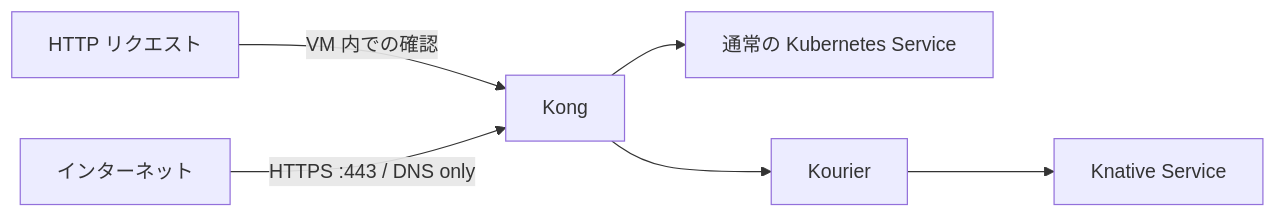
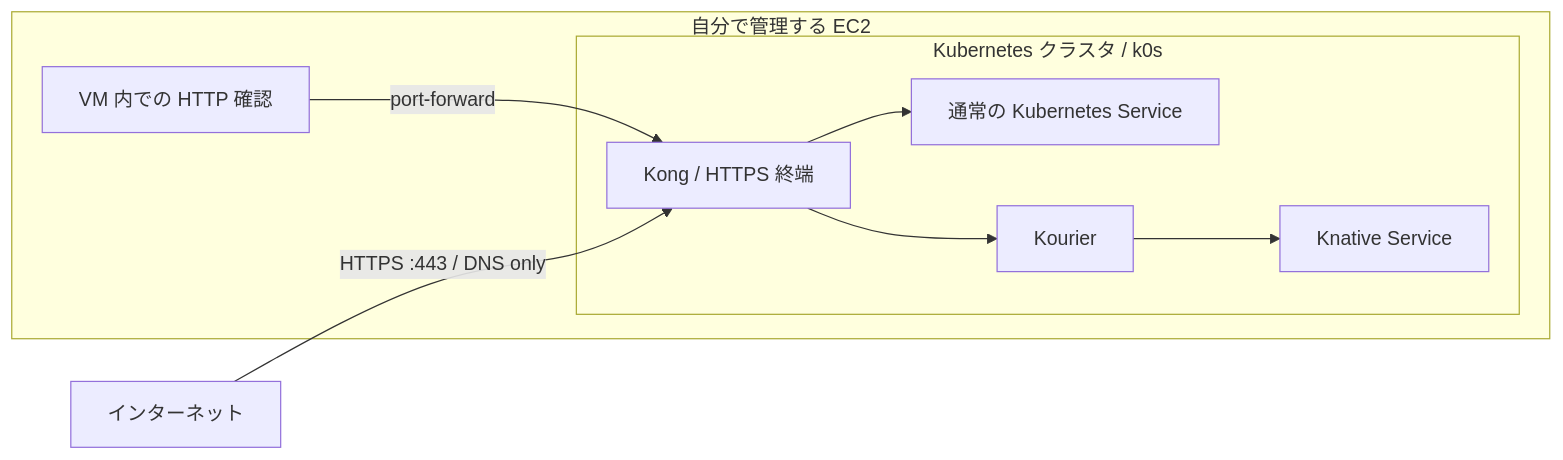
Before and after one commit to sasano8/infra-kubernetes: the first of 2 diagrams in README.md, drawn with Mermaid. The commit also changed other lines of this file, not shown here.

Commit message:
Show Kubernetes and ownership boundaries in architecture diagrams

````diff
--- a/README.md
+++ b/README.md
@@ -6,7 +6,17 @@
 ```mermaid
 flowchart LR
-    HTTP[HTTP リクエスト] -->|VM 内での確認| Kong
-    Internet[インターネット] -->|HTTPS :443 / DNS only| Kong
-    Kong --> Service[通常の Kubernetes Service]
-    Kong --> Kourier --> Knative[Knative Service]
+    Internet[インターネット]
+    subgraph EC2[自分で管理する EC2]
+        HTTP[VM 内での HTTP 確認]
+        subgraph Kubernetes[Kubernetes クラスタ / k0s]
+            Kong[Kong / HTTPS 終端]
+            Service[通常の Kubernetes Service]
+            Kourier[Kourier]
+            Knative[Knative Service]
+            Kong --> Service
+            Kong --> Kourier --> Knative
+        end
+        HTTP -->|port-forward| Kong
+    end
+    Internet -->|HTTPS :443 / DNS only| Kong
 ```
````
